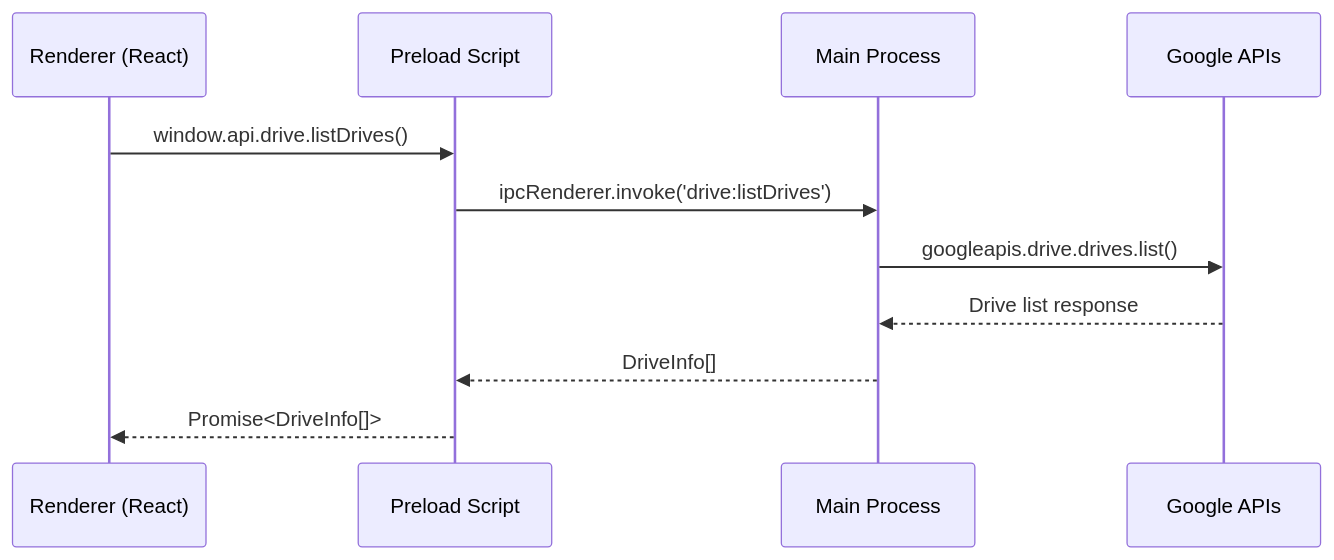
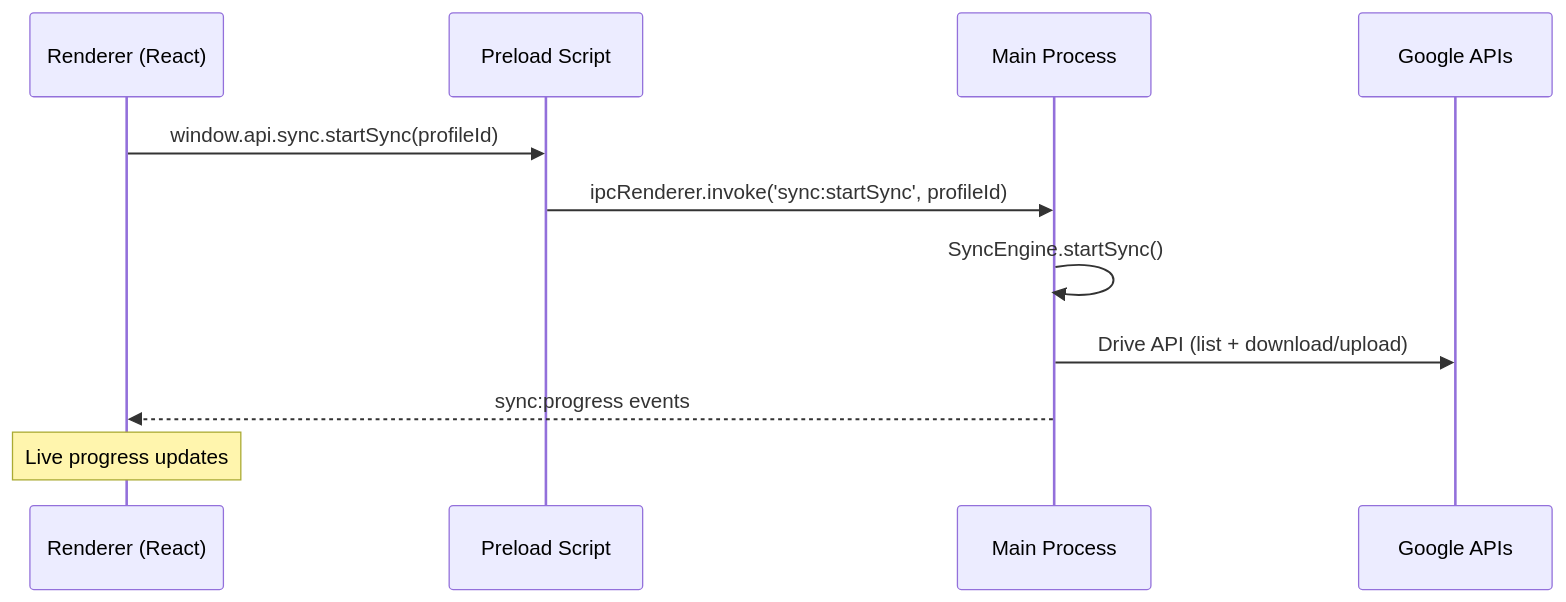
Before and after one commit to jpurusho/gdrive: the second of 4 diagrams in docs/architecture.md, drawn with Mermaid. The commit also changed other lines of this file and 2 other files, not shown here.

First line of the commit message:
Complete Phase 5: Settings polish and architecture docs update

````diff
--- a/docs/architecture.md
+++ b/docs/architecture.md
@@ -46,14 +52,14 @@
 ```mermaid
 sequenceDiagram
     participant R as Renderer (React)
     participant P as Preload Script
     participant M as Main Process
     participant G as Google APIs
 
-    R->>P: window.api.drive.listDrives()
-    P->>M: ipcRenderer.invoke('drive:listDrives')
-    M->>G: googleapis.drive.drives.list()
-    G-->>M: Drive list response
-    M-->>P: DriveInfo[]
-    P-->>R: Promise<DriveInfo[]>
+    R->>P: window.api.sync.startSync(profileId)
+    P->>M: ipcRenderer.invoke('sync:startSync', profileId)
+    M->>M: SyncEngine.startSync()
+    M->>G: Drive API (list + download/upload)
+    M-->>R: sync:progress events
+    Note over R: Live progress updates
 ```
````
